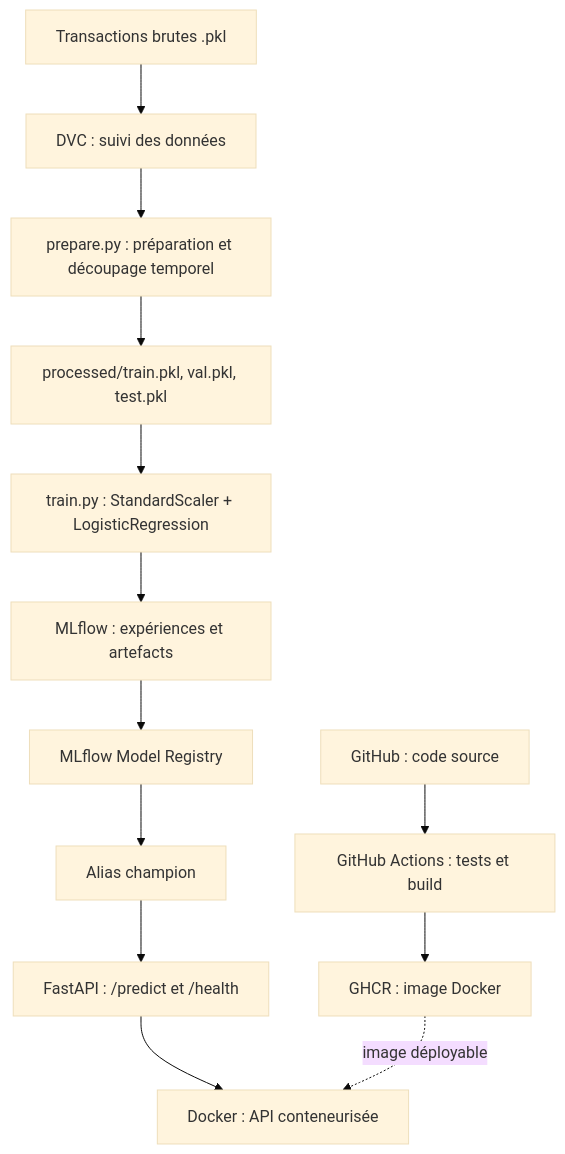
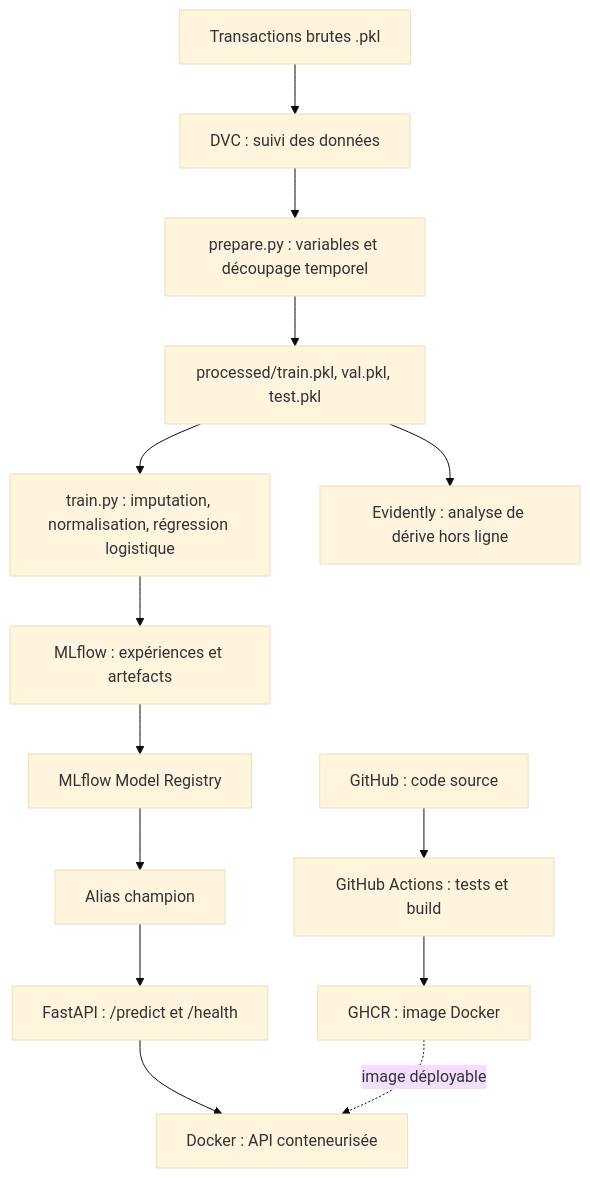
One commit to zahismail/fraud-detection-mlops changed the diagram in README.md. Above: the diagram before and after it, drawn with Mermaid (base theme). The commit also changed other lines of this file and 3 other files, not shown here.

````diff
--- a/README.md
+++ b/README.md
@@ -22,15 +25,16 @@
 ```mermaid
 flowchart TD
     A[Transactions brutes .pkl] --> B[DVC : suivi des données]
-    B --> C[prepare.py : préparation et découpage temporel]
+    B --> C[prepare.py : variables et découpage temporel]
     C --> D[processed/train.pkl, val.pkl, test.pkl]
-    D --> E[train.py : StandardScaler + LogisticRegression]
+    D --> E[train.py : imputation, normalisation, régression logistique]
     E --> F[MLflow : expériences et artefacts]
     F --> G[MLflow Model Registry]
     G --> H[Alias champion]
     H --> I[FastAPI : /predict et /health]
     I --> J[Docker : API conteneurisée]
     K[GitHub : code source] --> L[GitHub Actions : tests et build]
     L --> M[GHCR : image Docker]
     M -. image déployable .-> J
+    D --> N[Evidently : analyse de dérive hors ligne]
 ```
````
